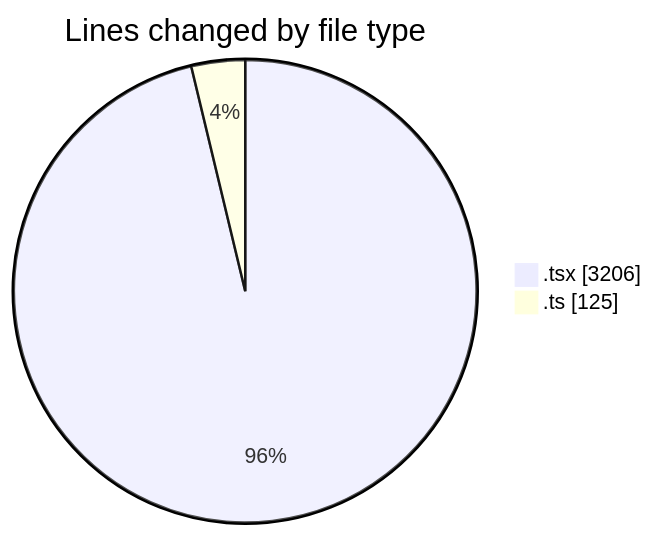
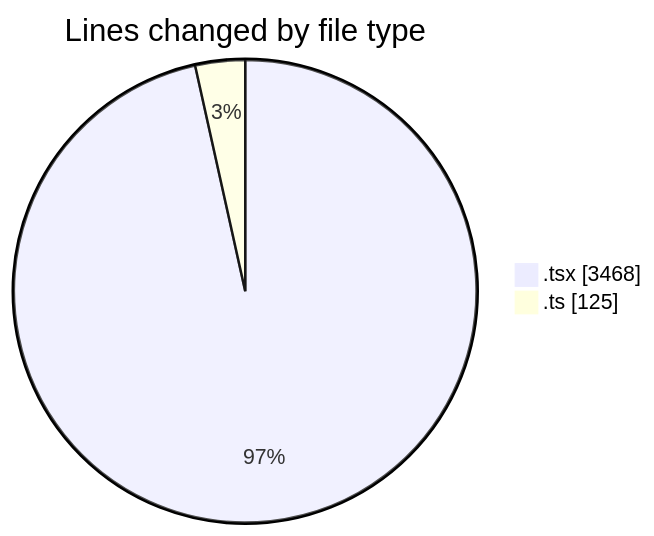
One commit to nxtqubesakshisongat/code-tracking changed the first of 2 diagrams in 2026-03-22/nxtqube_webapp/README.md. Above: the diagram before and after it, drawn with Mermaid. The commit also changed other lines of this file and 1 other file, not shown here.

````diff
--- a/2026-03-22/nxtqube_webapp/README.md
+++ b/2026-03-22/nxtqube_webapp/README.md
@@ -25,6 +26,6 @@
 ```mermaid
 pie showData
 title Lines changed by file type
-".tsx" : 3206
+".tsx" : 3468
 ".ts" : 125
 ```
````
